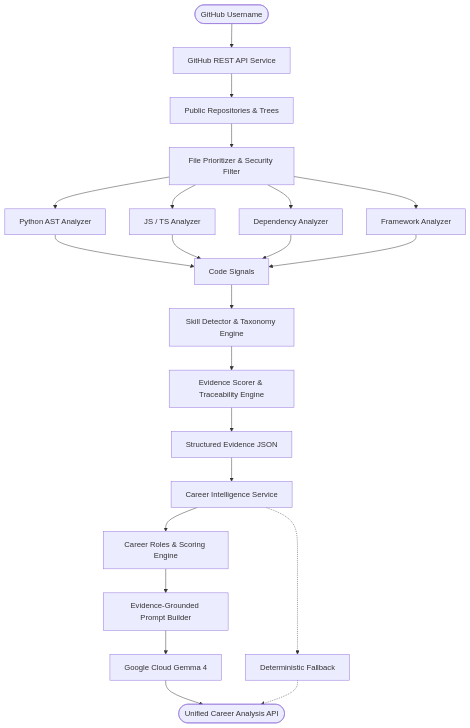
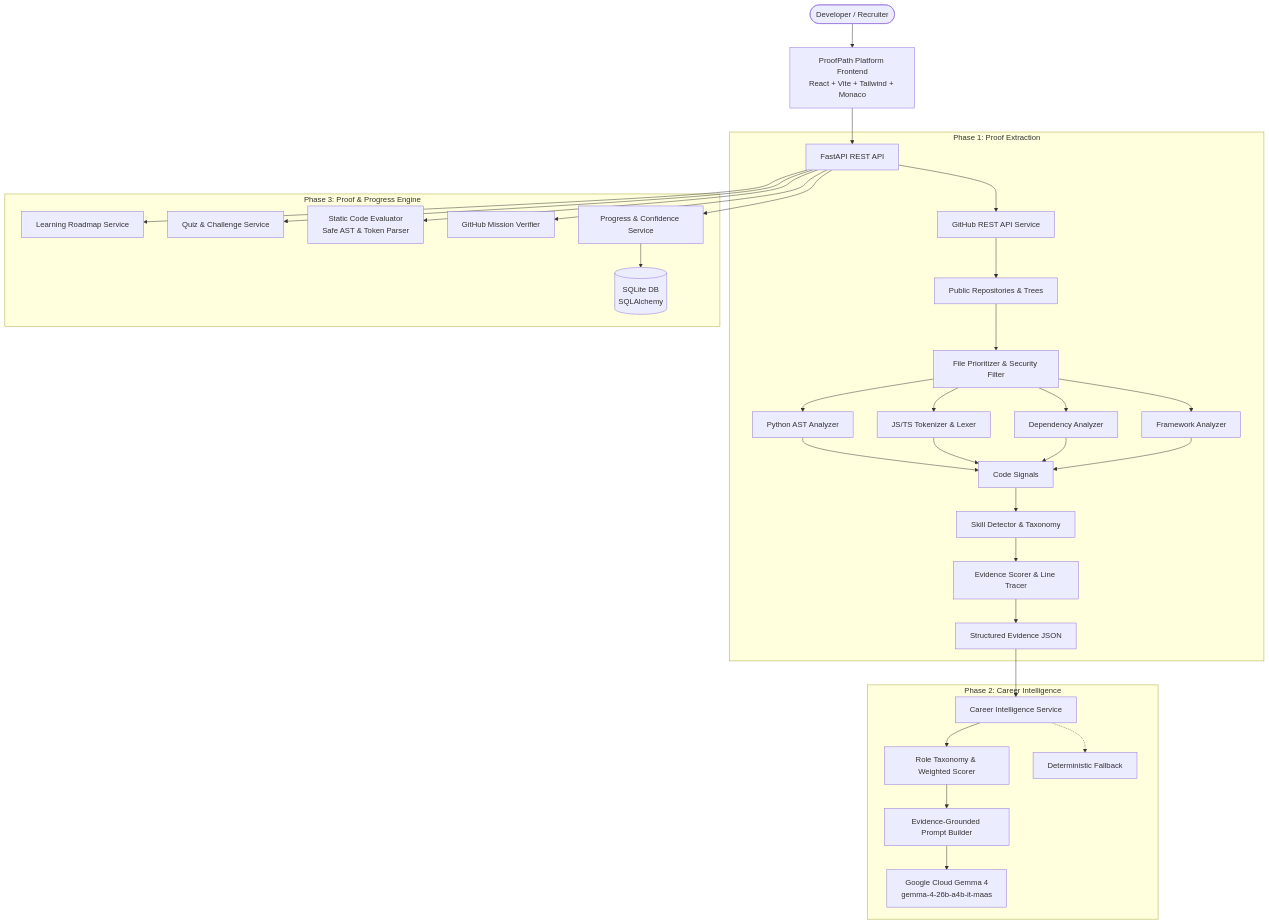
Before and after one commit to Sunny-Dheeraj/hacktoberfest-hack-day-coimbatore-x-init-club-and-idea-club: the diagram in README.md, drawn with Mermaid. The commit also changed other lines of this file and 1 other file, not shown here.

Commit message:
docs: update documentation for phase three and phase four completion

````diff
--- a/README.md
+++ b/README.md
@@ -99,23 +108,36 @@
 ```mermaid
 flowchart TD
-    User([GitHub Username]) --> GHService[GitHub REST API Service]
-    GHService --> Repos[Public Repositories & Trees]
-    Repos --> Filter[File Prioritizer & Security Filter]
-    Filter --> PyAST[Python AST Analyzer]
-    Filter --> JSTS[JS / TS Analyzer]
-    Filter --> Dep[Dependency Analyzer]
-    Filter --> Fw[Framework Analyzer]
-    PyAST --> Signals[Code Signals]
-    JSTS --> Signals
-    Dep --> Signals
-    Fw --> Signals
-    Signals --> Detector[Skill Detector & Taxonomy Engine]
-    Detector --> Scorer[Evidence Scorer & Traceability Engine]
-    Scorer --> EvJSON[Structured Evidence JSON]
-    EvJSON --> CareerSvc[Career Intelligence Service]
-    CareerSvc --> Roles[Career Roles & Scoring Engine]
-    Roles --> Prompt[Evidence-Grounded Prompt Builder]
-    Prompt --> Gemma[Google Cloud Gemma 4]
-    Gemma --> Response([Unified Career Analysis API])
-    CareerSvc -.-> Fallback[Deterministic Fallback] .-> Response
+    User([Developer / Recruiter]) --> FE[ProofPath Platform Frontend\nReact + Vite + Tailwind + Monaco]
+    FE --> API[FastAPI REST API]
+    
+    subgraph "Phase 1: Proof Extraction"
+        API --> GHService[GitHub REST API Service]
+        GHService --> Repos[Public Repositories & Trees]
+        Repos --> Filter[File Prioritizer & Security Filter]
+        Filter --> PyAST[Python AST Analyzer]
+        Filter --> JSTS[JS/TS Tokenizer & Lexer]
+        Filter --> Dep[Dependency Analyzer]
+        Filter --> Fw[Framework Analyzer]
+        PyAST & JSTS & Dep & Fw --> Signals[Code Signals]
+        Signals --> Detector[Skill Detector & Taxonomy]
+        Detector --> Scorer[Evidence Scorer & Line Tracer]
+        Scorer --> EvJSON[Structured Evidence JSON]
+    end
+    
+    subgraph "Phase 2: Career Intelligence"
+        EvJSON --> CareerSvc[Career Intelligence Service]
+        CareerSvc --> Roles[Role Taxonomy & Weighted Scorer]
+        Roles --> Prompt[Evidence-Grounded Prompt Builder]
+        Prompt --> Gemma[Google Cloud Gemma 4\ngemma-4-26b-a4b-it-maas]
+        CareerSvc -.-> Fallback[Deterministic Fallback]
+    end
+
+    subgraph "Phase 3: Proof & Progress Engine"
+        API --> LearningSvc[Learning Roadmap Service]
+        API --> QuizSvc[Quiz & Challenge Service]
+        API --> Evaluator[Static Code Evaluator\nSafe AST & Token Parser]
+        API --> Verifier[GitHub Mission Verifier]
+        API --> ProgressSvc[Progress & Confidence Service]
+        ProgressSvc --> SQLite[(SQLite DB\nSQLAlchemy)]
+    end
 ```
````
